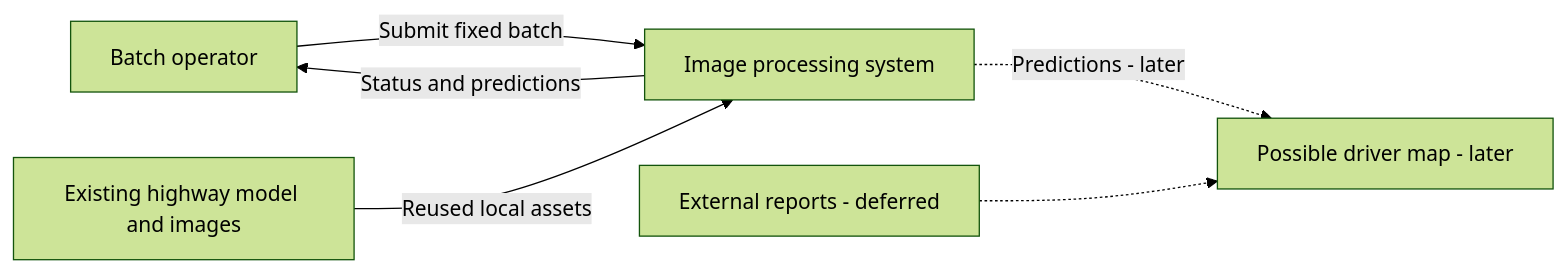
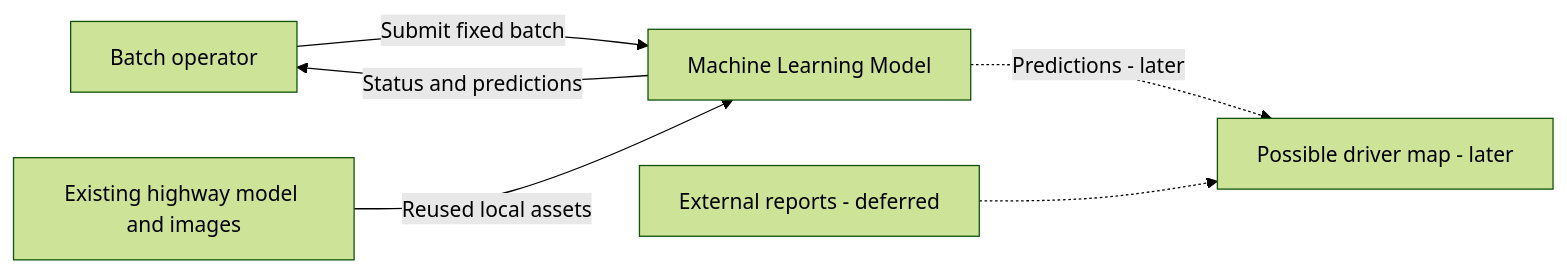
The first of 2 diagrams in DESIGN.md (tanviriss/csc59866-fall2026-senior-project-group), drawn with Mermaid (forest theme) before and after one commit.

Commit message:
Update flowchart to reflect ML model usage

````diff
--- a/DESIGN.md
+++ b/DESIGN.md
@@ -106,8 +106,8 @@
 ```mermaid
 flowchart LR
-  O[Batch operator] -->|Submit fixed batch| S[Image processing system]
+  O[Batch operator] -->|Submit fixed batch| S[Machine Learning Model]
   S -->|Status and predictions| O
   M[Existing highway model and images] -->|Reused local assets| S
   W[External reports - deferred] -.-> F[Possible driver map - later]
   S -.->|Predictions - later| F
 ```
````
